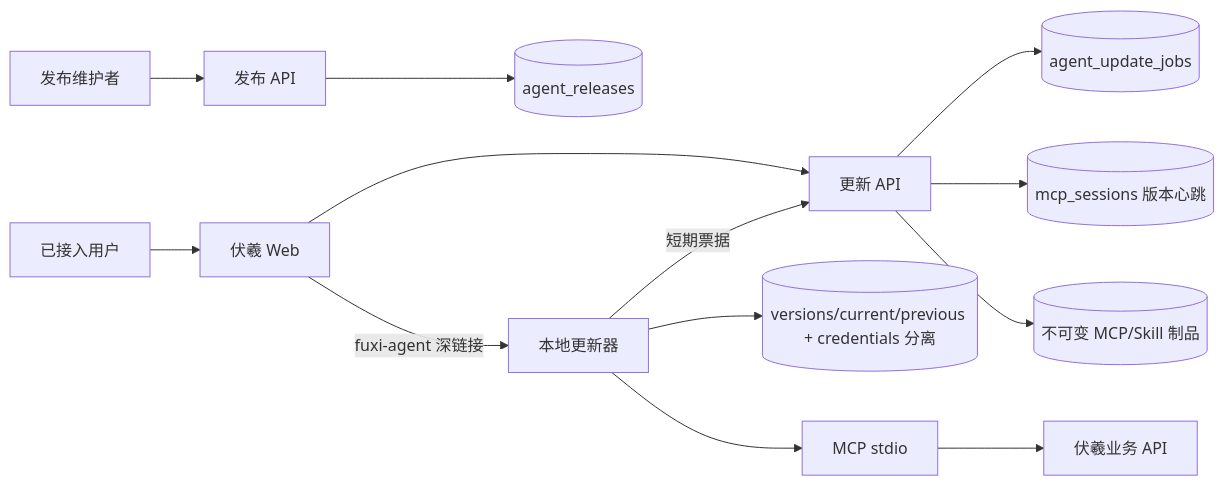
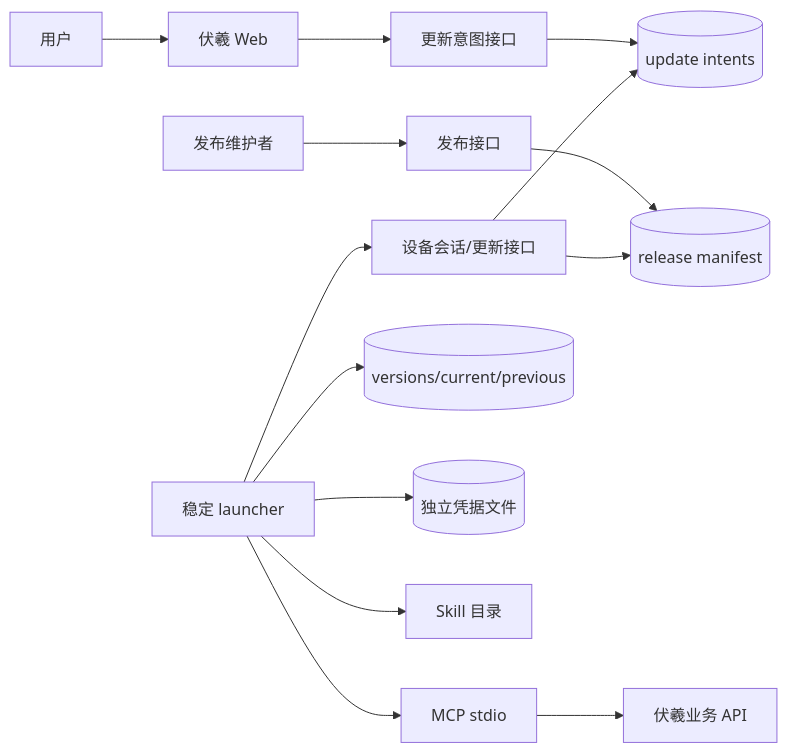
Before and after one commit to Dylan5237/prototype-manager: the fourth of 7 diagrams in docs/prototypes/agent-runtime-update-mvp/FULL_DESIGN.md, drawn with Mermaid. The commit also changed other lines of this file and 10 other files, not shown here.

````diff
--- a/docs/prototypes/agent-runtime-update-mvp/FULL_DESIGN.md
+++ b/docs/prototypes/agent-runtime-update-mvp/FULL_DESIGN.md
@@ -186,15 +183,16 @@
 ```mermaid
 flowchart LR
-  Maintainer[发布维护者] --> ReleaseAPI[发布 API]
-  ReleaseAPI --> Releases[(agent_releases)]
-  User[已接入用户] --> Web[伏羲 Web]
-  Web --> UpdateAPI[更新 API]
-  UpdateAPI --> Jobs[(agent_update_jobs)]
-  UpdateAPI --> Sessions[(mcp_sessions 版本心跳)]
-  Web -->|fuxi-agent 深链接| Updater[本地更新器]
-  Updater -->|短期票据| UpdateAPI
-  UpdateAPI --> Artifacts[(不可变 MCP/Skill 制品)]
-  Updater --> Local[(versions/current/previous + credentials 分离)]
-  Updater --> Stdio[MCP stdio]
-  Stdio --> Fuxi[伏羲业务 API]
+  Maintainer[发布维护者] --> ReleaseAPI[发布接口]
+  ReleaseAPI --> Releases[(release manifest)]
+  User[用户] --> Web[伏羲 Web]
+  Web --> IntentAPI[更新意图接口]
+  IntentAPI --> Intents[(update intents)]
+  Launcher[稳定 launcher] --> SessionAPI[设备会话/更新接口]
+  SessionAPI --> Releases
+  SessionAPI --> Intents
+  Launcher --> Local[(versions/current/previous)]
+  Launcher --> Credentials[(独立凭据文件)]
+  Launcher --> Skill[Skill 目录]
+  Launcher --> MCP[MCP stdio]
+  MCP --> Fuxi[伏羲业务 API]
 ```
````
